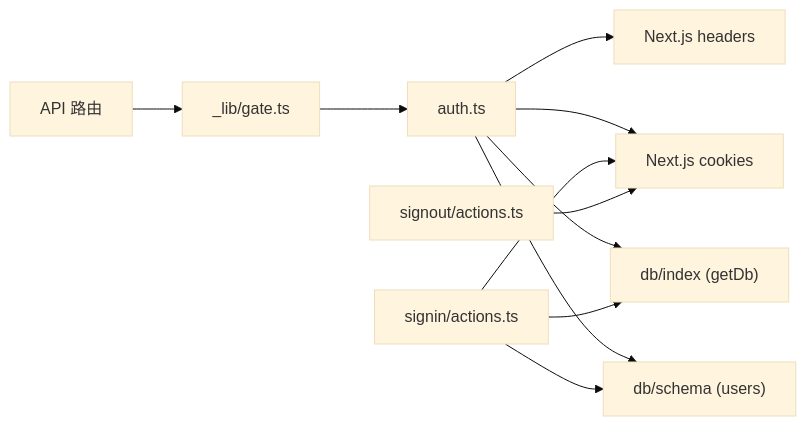
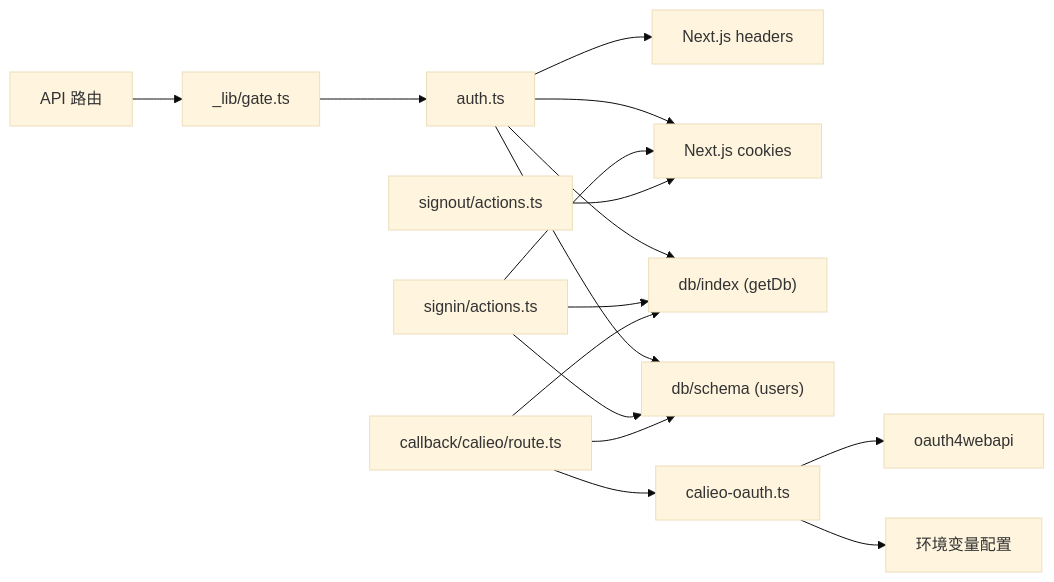
The tenth of 11 diagrams in .qoder/repowiki/zh/content/架构设计/认证架构设计/多源认证机制.md (pnnh/weable), drawn with Mermaid (base theme) before and after one commit. The commit also changed other lines of this file and 187 other files, not shown here.

````diff
--- a/.qoder/repowiki/zh/content/架构设计/认证架构设计/多源认证机制.md
+++ b/.qoder/repowiki/zh/content/架构设计/认证架构设计/多源认证机制.md
@@ -289,13 +429,18 @@
 ```mermaid
 graph LR
 Auth["auth.ts"] --> Headers["Next.js headers"]
 Auth --> Cookies["Next.js cookies"]
 Auth --> DBIndex["db/index (getDb)"]
 Auth --> Schema["db/schema (users)"]
+CalieoOAuth["calieo-oauth.ts"] --> Oauth4WebApi["oauth4webapi"]
+CalieoOAuth --> Env["环境变量配置"]
 SignIn["signin/actions.ts"] --> Cookies
 SignIn --> DBIndex
 SignIn --> Schema
 SignOut["signout/actions.ts"] --> Cookies
 Routes["API 路由"] --> Gate["_lib/gate.ts"]
 Gate --> Auth
+Callback["callback/calieo/route.ts"] --> CalieoOAuth
+Callback --> DBIndex
+Callback --> Schema
 ```
````
